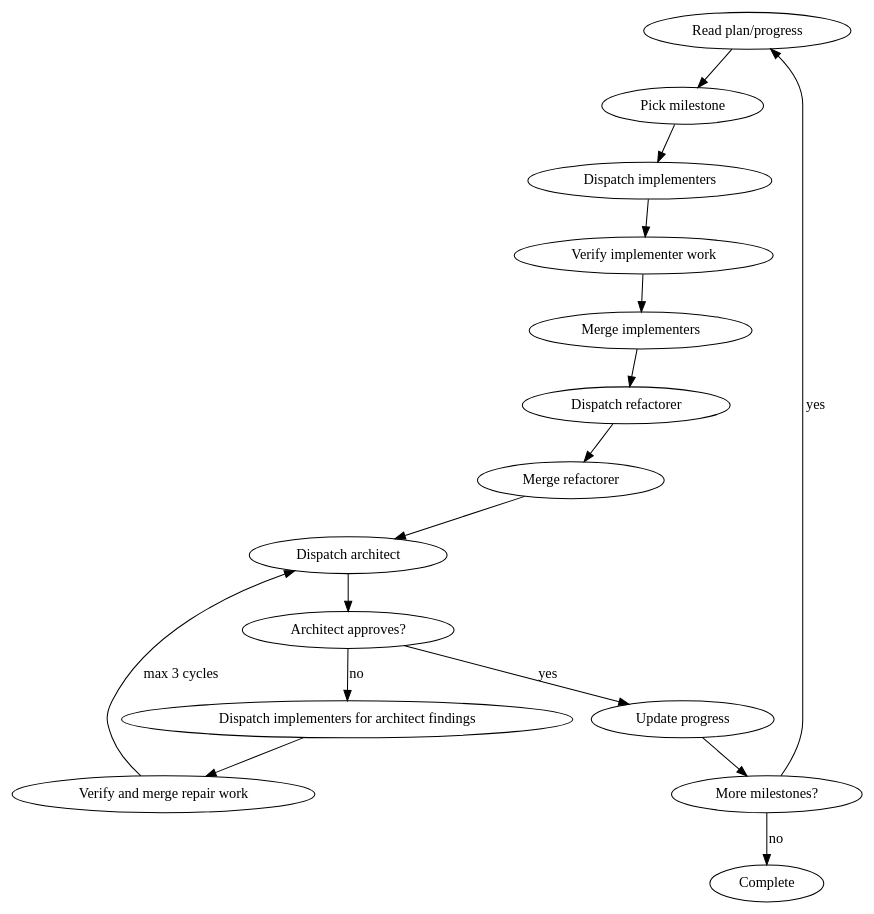
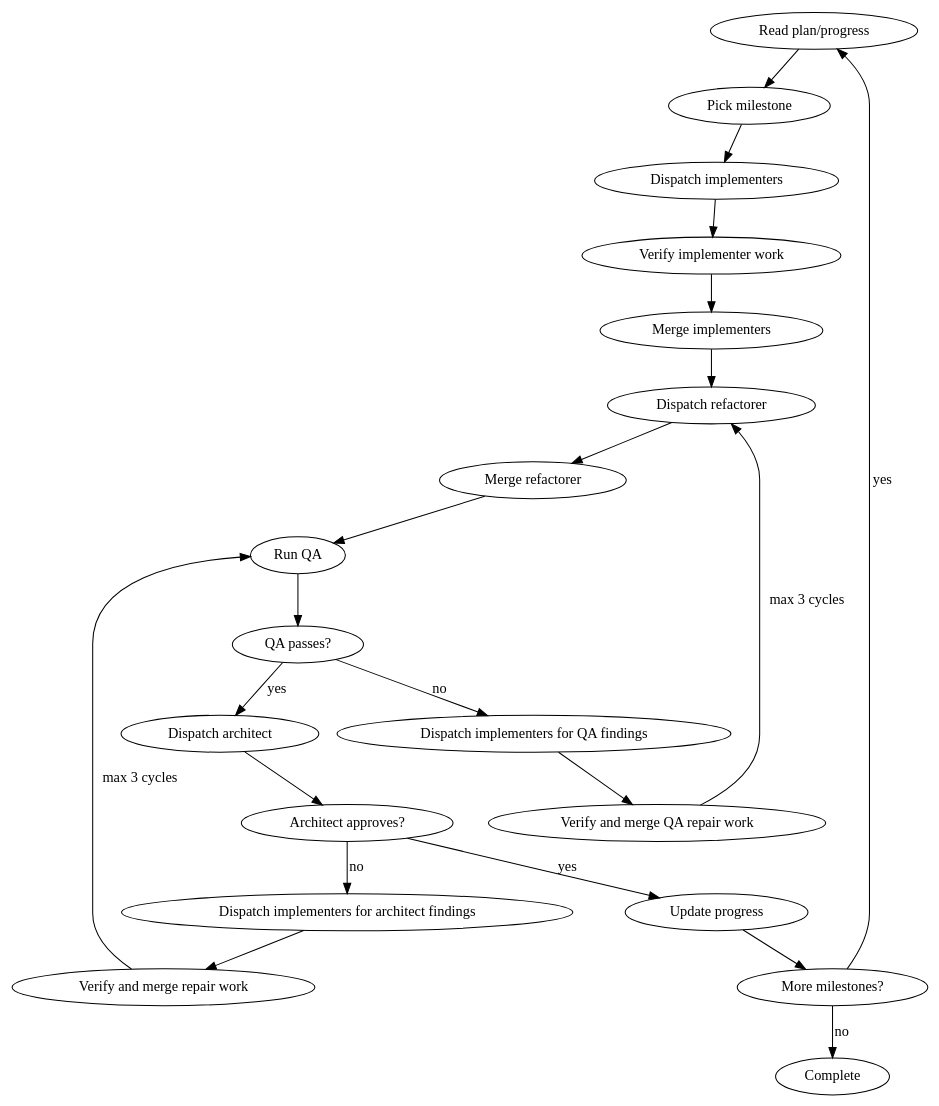
Before and after one commit to vadimcomanescu/agents-skills: the diagram in skills/shepherd/SKILL.md, drawn with Graphviz. The commit also changed other lines of this file and 51 other files, not shown here.

````diff
--- a/skills/shepherd/SKILL.md
+++ b/skills/shepherd/SKILL.md
@@ -117,20 +151,25 @@
 ```dot
 digraph shepherd_loop {
   rankdir=TB;
   "Read plan/progress" -> "Pick milestone";
   "Pick milestone" -> "Dispatch implementers";
   "Dispatch implementers" -> "Verify implementer work";
   "Verify implementer work" -> "Merge implementers";
   "Merge implementers" -> "Dispatch refactorer";
   "Dispatch refactorer" -> "Merge refactorer";
-  "Merge refactorer" -> "Dispatch architect";
+  "Merge refactorer" -> "Run QA";
+  "Run QA" -> "QA passes?";
+  "QA passes?" -> "Dispatch architect" [label="yes"];
+  "QA passes?" -> "Dispatch implementers for QA findings" [label="no"];
   "Dispatch architect" -> "Architect approves?";
   "Architect approves?" -> "Update progress" [label="yes"];
   "Architect approves?" -> "Dispatch implementers for architect findings" [label="no"];
   "Dispatch implementers for architect findings" -> "Verify and merge repair work";
-  "Verify and merge repair work" -> "Dispatch architect" [label="max 3 cycles"];
+  "Verify and merge repair work" -> "Run QA" [label="max 3 cycles"];
+  "Dispatch implementers for QA findings" -> "Verify and merge QA repair work";
+  "Verify and merge QA repair work" -> "Dispatch refactorer" [label="max 3 cycles"];
   "Update progress" -> "More milestones?";
   "More milestones?" -> "Read plan/progress" [label="yes"];
   "More milestones?" -> "Complete" [label="no"];
 }
 ```
````
